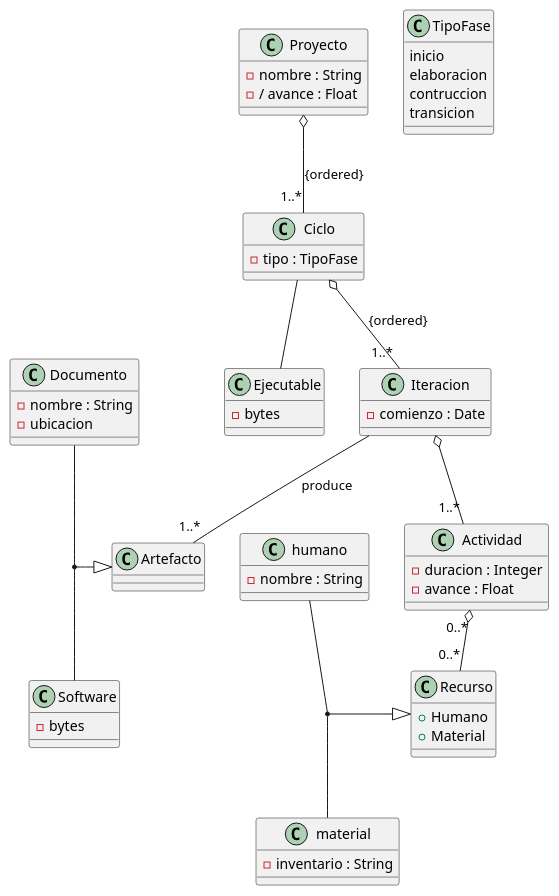
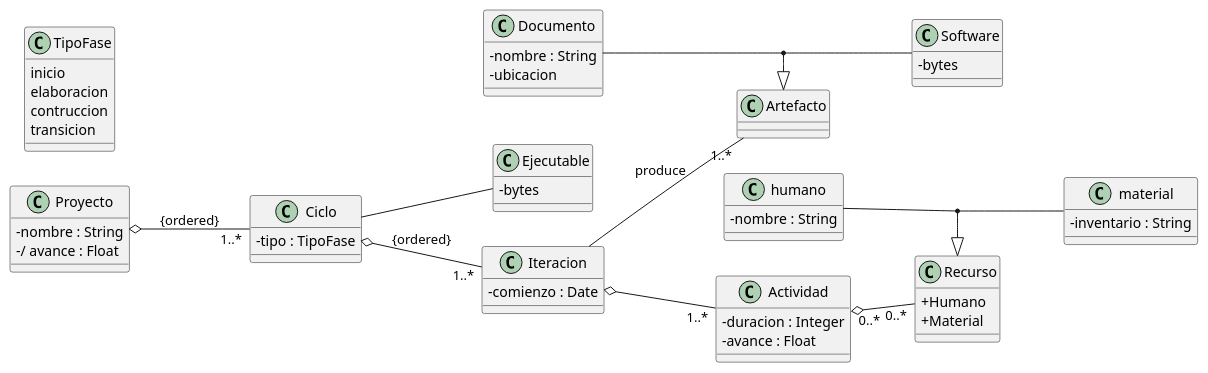
The diagram in homeworkOne/puml/proyectos.puml (SandraLucioni/EntornosDeDesarrollo), drawn with PlantUML before and after one commit. The commit also changed 11 other files, not shown here.

```diff
--- a/homeworkOne/puml/proyectos.puml
+++ b/homeworkOne/puml/proyectos.puml
@@ -1,57 +1,60 @@
-@startuml
+@startuml proyectos
 'https://plantuml.com/class-diagram
+
+left to right direction
+skinparam classAttributeIconSize 0
 
 class Proyecto{
 -nombre : String
 - / avance : Float
 }
 class Ejecutable{
 -bytes
 }
 class Ciclo{
 -tipo : TipoFase
 }
 class TipoFase{
 inicio
 elaboracion
 contruccion
 transicion
 }
 class Iteracion{
 -comienzo : Date
 }
 class Artefacto{
 
 }
 class Documento{
 -nombre : String
 -ubicacion
 }
 class Software{
 -bytes
 }
 class Actividad{
 -duracion : Integer
 -avance : Float
 }
 class Recurso{
 +Humano
 +Material
 }
 class humano{
 -nombre : String
 }
 class material{
 -inventario : String
 }
 
 Proyecto o-- "1..*"Ciclo : {ordered}
 Ciclo -- Ejecutable
 Ciclo o-- "1..*" Iteracion : {ordered}
 Iteracion -- "1..*" Artefacto : produce
 (Documento, Software) --|> Artefacto
 Iteracion o-- "1..*" Actividad
 Actividad"0..*" o-- "0..*" Recurso
 (humano, material) --|> Recurso
 
 @enduml
```
